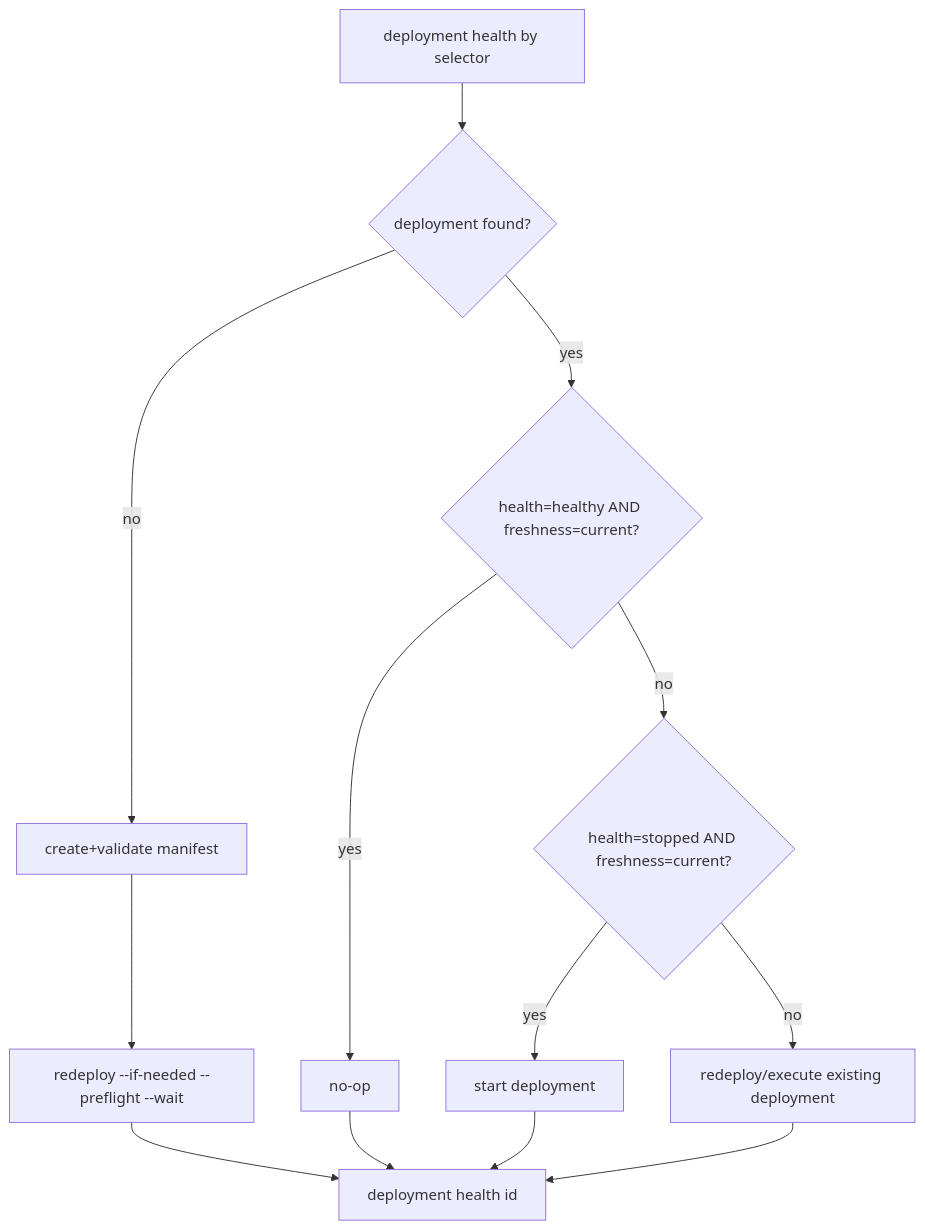
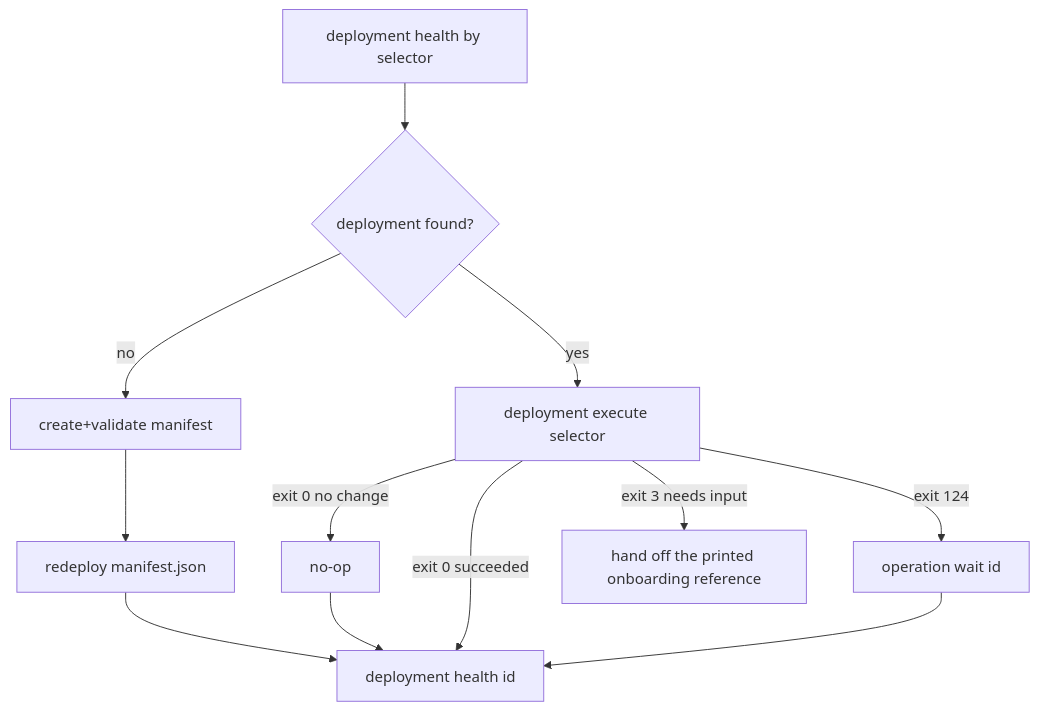
The diagram in scenarios/scenario-to-cloud/skills/scenario-to-cloud/SKILL.md (Vrooli/Vrooli), drawn with Mermaid before and after one commit. The commit also changed other lines of this file and 1659 other files, not shown here.

````diff
--- a/scenarios/scenario-to-cloud/skills/scenario-to-cloud/SKILL.md
+++ b/scenarios/scenario-to-cloud/skills/scenario-to-cloud/SKILL.md
@@ -140,15 +138,14 @@
 ```mermaid
 flowchart TD
   A[deployment health by selector] --> B{deployment found?}
   B -->|no| C[create+validate manifest]
-  C --> D[redeploy --if-needed --preflight --wait]
-  B -->|yes| E{health=healthy AND freshness=current?}
-  E -->|yes| F[no-op]
-  E -->|no| G{health=stopped AND freshness=current?}
-  G -->|yes| H[start deployment]
-  G -->|no| I[redeploy/execute existing deployment]
-  D --> J[deployment health id]
+  C --> D[redeploy manifest.json]
+  B -->|yes| I[deployment execute selector]
+  I -->|exit 0 no change| F[no-op]
+  I -->|exit 0 succeeded| J[deployment health id]
+  I -->|exit 3 needs input| K[hand off the printed onboarding reference]
+  I -->|exit 124| L[operation wait id]
+  D --> J
   F --> J
-  H --> J
-  I --> J
+  L --> J
 ```
````
